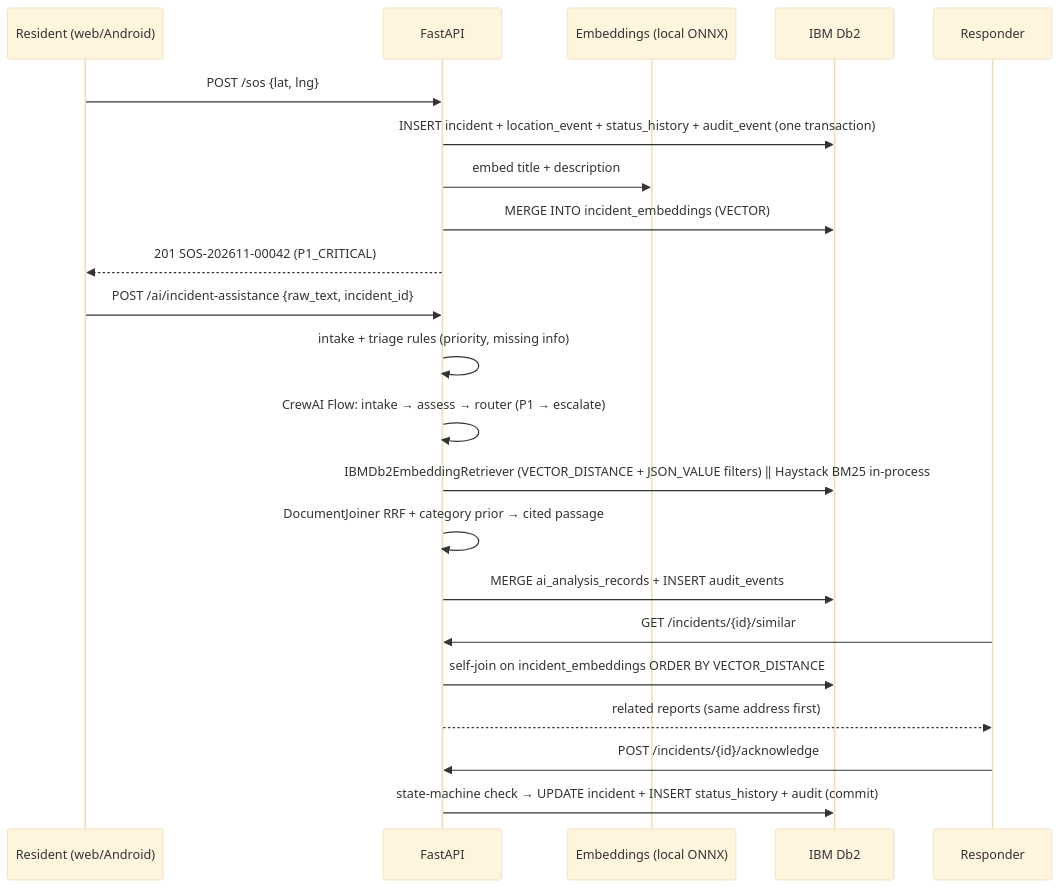
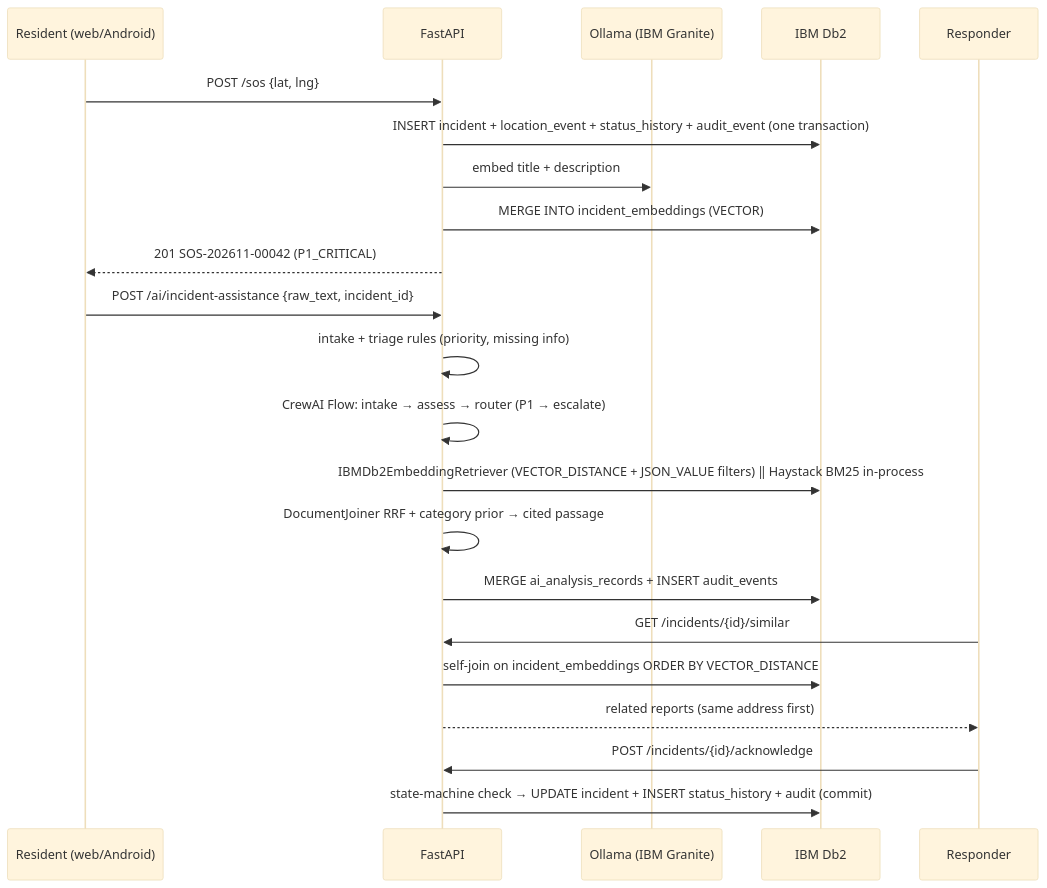
One commit to KunalGolaIBM/IBM_Db2_TechX_Project_Submission changed the second of 2 diagrams in submissions/neighbourhood-safety-intelligence-network/architecture.md. Above: the diagram before and after it, drawn with Mermaid (base theme). The commit also changed other lines of this file and 24 other files, not shown here.

First line of the commit message:
feat(neighbourhood-safety-intelligence-network): Db2-only data layer, IBM Granite via Ollama, CrewAI multi-agent briefing

````diff
--- a/submissions/neighbourhood-safety-intelligence-network/architecture.md
+++ b/submissions/neighbourhood-safety-intelligence-network/architecture.md
@@ -48,25 +48,25 @@
 ```mermaid
 sequenceDiagram
     participant R as Resident (web/Android)
     participant A as FastAPI
-    participant V as Embeddings (local ONNX)
+    participant V as Ollama (IBM Granite)
     participant D as IBM Db2
     participant Q as Responder
 
     R->>A: POST /sos {lat, lng}
     A->>D: INSERT incident + location_event + status_history + audit_event (one transaction)
     A->>V: embed title + description
     A->>D: MERGE INTO incident_embeddings (VECTOR)
     A-->>R: 201 SOS-202611-00042 (P1_CRITICAL)
     R->>A: POST /ai/incident-assistance {raw_text, incident_id}
     A->>A: intake + triage rules (priority, missing info)
     A->>A: CrewAI Flow: intake → assess → router (P1 → escalate)
     A->>D: IBMDb2EmbeddingRetriever (VECTOR_DISTANCE + JSON_VALUE filters)  ‖  Haystack BM25 in-process
     A->>A: DocumentJoiner RRF + category prior → cited passage
     A->>D: MERGE ai_analysis_records + INSERT audit_events
     Q->>A: GET /incidents/{id}/similar
     A->>D: self-join on incident_embeddings ORDER BY VECTOR_DISTANCE
     A-->>Q: related reports (same address first)
     Q->>A: POST /incidents/{id}/acknowledge
     A->>D: state-machine check → UPDATE incident + INSERT status_history + audit (commit)
 ```
````
